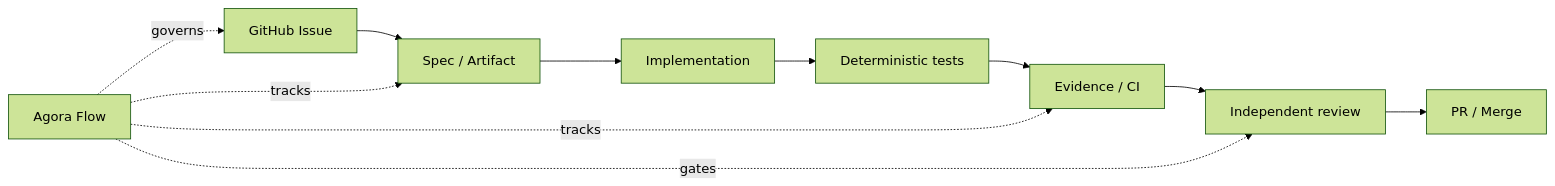
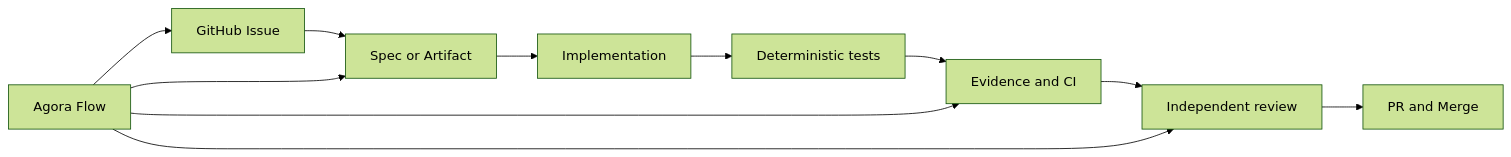
Before and after one commit to Modern-Ash/agorix: diagram 15 of 16 in README.md, drawn with Mermaid (forest theme). The commit also changed other lines of this file, not shown here.

Commit message:
docs: make Mermaid diagrams GitHub-safe

````diff
--- a/README.md
+++ b/README.md
@@ -686,14 +644,13 @@
 ```mermaid
 flowchart LR
-    ISSUE["GitHub Issue"] --> SPEC["Spec / Artifact"]
-    SPEC --> IMPL["Implementation"]
-    IMPL --> TEST["Deterministic tests"]
-    TEST --> EVID["Evidence / CI"]
-    EVID --> REVIEW["Independent review"]
-    REVIEW --> PR["PR / Merge"]
-
-    AGORA["Agora Flow"] -. governs .-> ISSUE
-    AGORA -. tracks .-> SPEC
-    AGORA -. tracks .-> EVID
-    AGORA -. gates .-> REVIEW
+    ISSUE[GitHub Issue] --> SPEC[Spec or Artifact]
+    SPEC --> IMPL[Implementation]
+    IMPL --> TEST[Deterministic tests]
+    TEST --> EVID[Evidence and CI]
+    EVID --> REVIEW[Independent review]
+    REVIEW --> PR[PR and Merge]
+    AGORA[Agora Flow] --> ISSUE
+    AGORA --> SPEC
+    AGORA --> EVID
+    AGORA --> REVIEW
 ```
````
